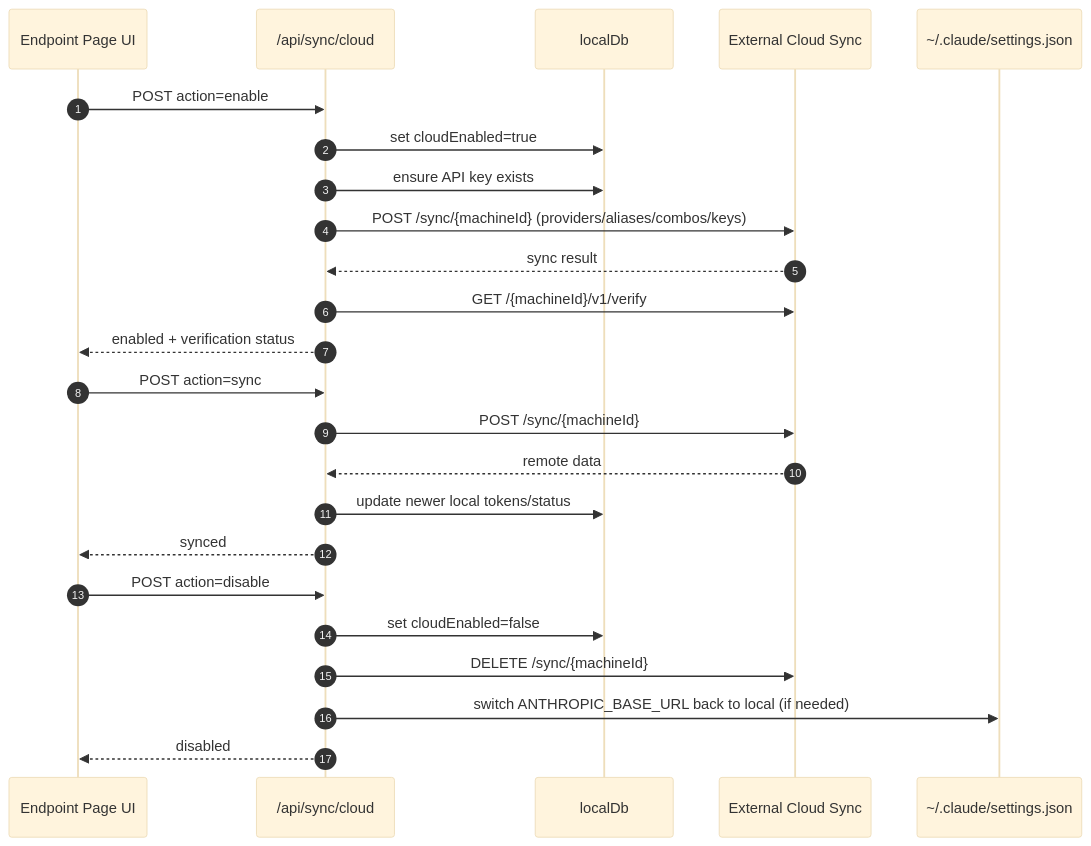
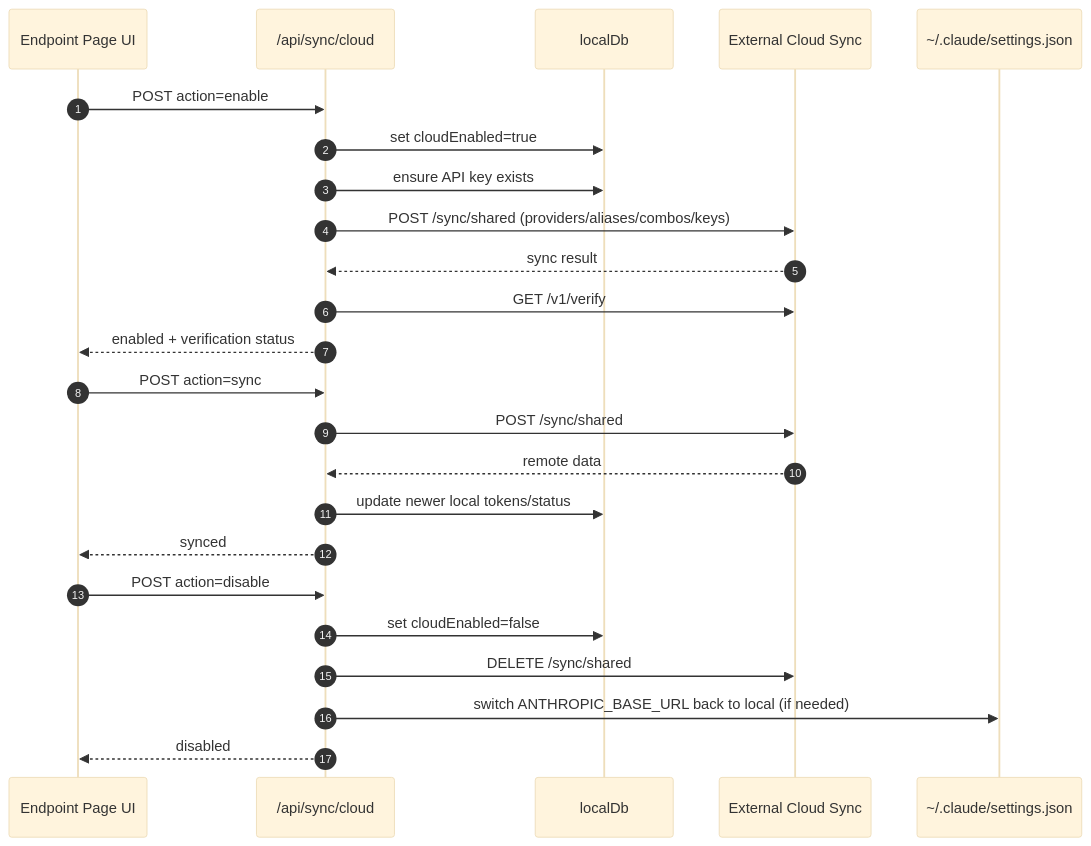
Before and after one commit to rickicode/9router-plus: the fifth of 7 diagrams in docs/ARCHITECTURE.md, drawn with Mermaid (base theme). The commit also changed other lines of this file and 86 other files, not shown here.

````diff
--- a/docs/ARCHITECTURE.md
+++ b/docs/ARCHITECTURE.md
@@ -276,29 +276,29 @@
 ```mermaid
 sequenceDiagram
     autonumber
     participant UI as Endpoint Page UI
     participant Sync as /api/sync/cloud
     participant DB as localDb
     participant Cloud as External Cloud Sync
     participant Claude as ~/.claude/settings.json
 
     UI->>Sync: POST action=enable
     Sync->>DB: set cloudEnabled=true
     Sync->>DB: ensure API key exists
-    Sync->>Cloud: POST /sync/{machineId} (providers/aliases/combos/keys)
+    Sync->>Cloud: POST /sync/shared (providers/aliases/combos/keys)
     Cloud-->>Sync: sync result
-    Sync->>Cloud: GET /{machineId}/v1/verify
+    Sync->>Cloud: GET /v1/verify
     Sync-->>UI: enabled + verification status
 
     UI->>Sync: POST action=sync
-    Sync->>Cloud: POST /sync/{machineId}
+    Sync->>Cloud: POST /sync/shared
     Cloud-->>Sync: remote data
     Sync->>DB: update newer local tokens/status
     Sync-->>UI: synced
 
     UI->>Sync: POST action=disable
     Sync->>DB: set cloudEnabled=false
-    Sync->>Cloud: DELETE /sync/{machineId}
+    Sync->>Cloud: DELETE /sync/shared
     Sync->>Claude: switch ANTHROPIC_BASE_URL back to local (if needed)
     Sync-->>UI: disabled
 ```
````
